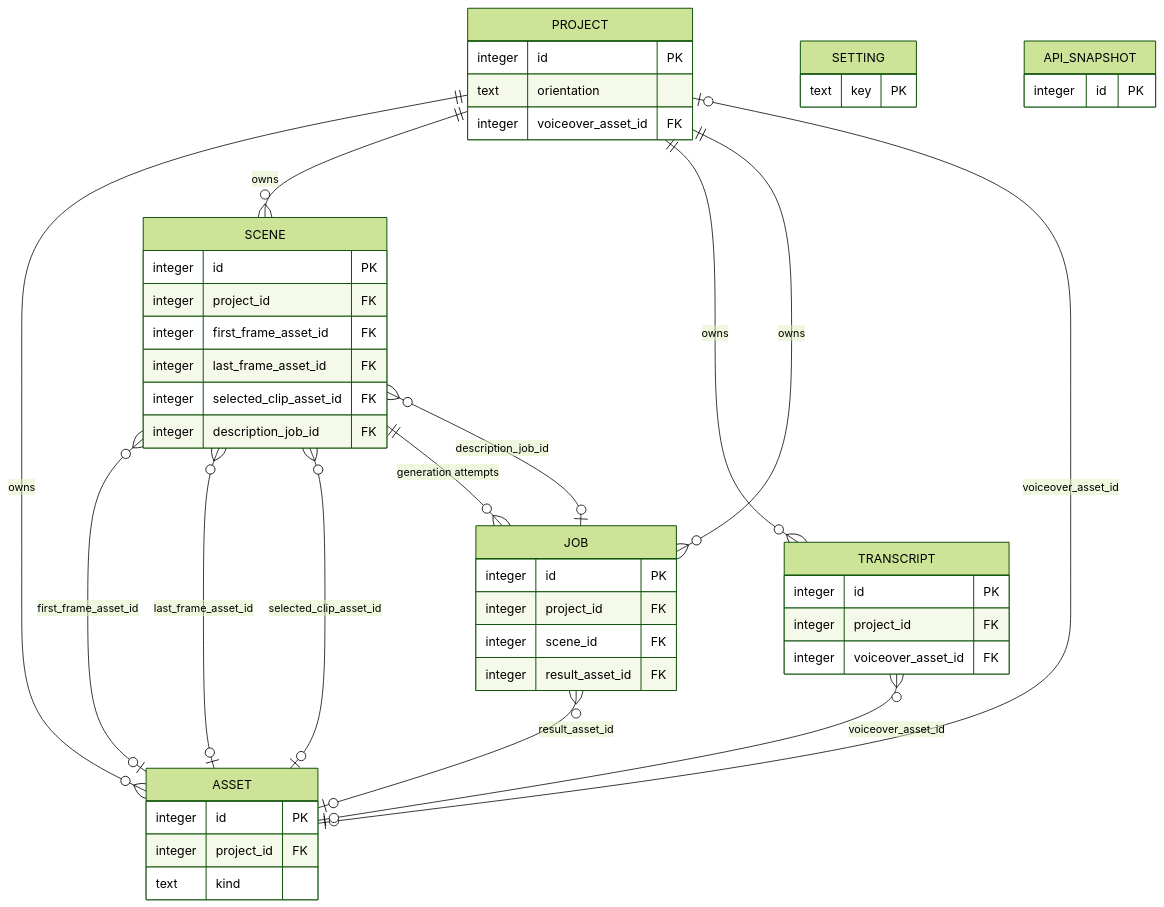
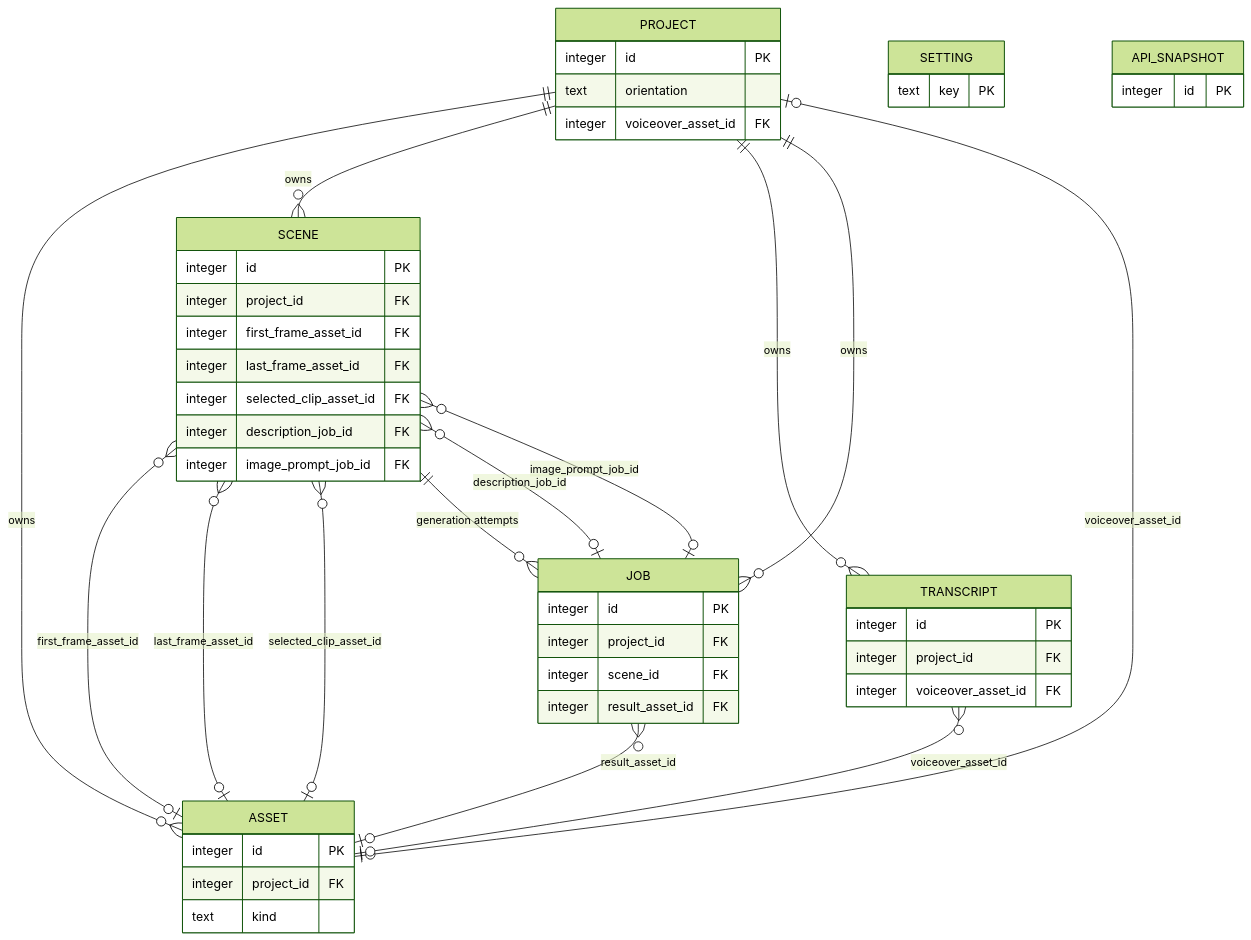
Before and after one commit to Joshi004/VisionStudio: the diagram in DATABASE_STRUCTURE.md, drawn with Mermaid (forest theme). The commit also changed other lines of this file and 28 other files, not shown here.

First line of the commit message:
Implement image prompt functionality and update database schema

````diff
--- a/DATABASE_STRUCTURE.md
+++ b/DATABASE_STRUCTURE.md
@@ -58,51 +64,53 @@
 ```mermaid
 erDiagram
     PROJECT {
         integer id PK
         text orientation
         integer voiceover_asset_id FK
     }
     ASSET {
         integer id PK
         integer project_id FK
         text kind
     }
     TRANSCRIPT {
         integer id PK
         integer project_id FK
         integer voiceover_asset_id FK
     }
     SCENE {
         integer id PK
         integer project_id FK
         integer first_frame_asset_id FK
         integer last_frame_asset_id FK
         integer selected_clip_asset_id FK
         integer description_job_id FK
+        integer image_prompt_job_id FK
     }
     JOB {
         integer id PK
         integer project_id FK
         integer scene_id FK
         integer result_asset_id FK
     }
     SETTING {
         text key PK
     }
     API_SNAPSHOT {
         integer id PK
     }
 
     PROJECT ||--o{ ASSET         : "owns"
     PROJECT ||--o{ SCENE         : "owns"
     PROJECT ||--o{ TRANSCRIPT    : "owns"
     PROJECT ||--o{ JOB           : "owns"
     PROJECT |o--o| ASSET         : "voiceover_asset_id"
     TRANSCRIPT }o--o| ASSET      : "voiceover_asset_id"
     SCENE   }o--o| ASSET         : "first_frame_asset_id"
     SCENE   }o--o| ASSET         : "last_frame_asset_id"
     SCENE   }o--o| ASSET         : "selected_clip_asset_id"
     SCENE   ||--o{ JOB           : "generation attempts"
     SCENE   }o--o| JOB           : "description_job_id"
+    SCENE   }o--o| JOB           : "image_prompt_job_id"
     JOB     }o--o| ASSET         : "result_asset_id"
 ```
````
